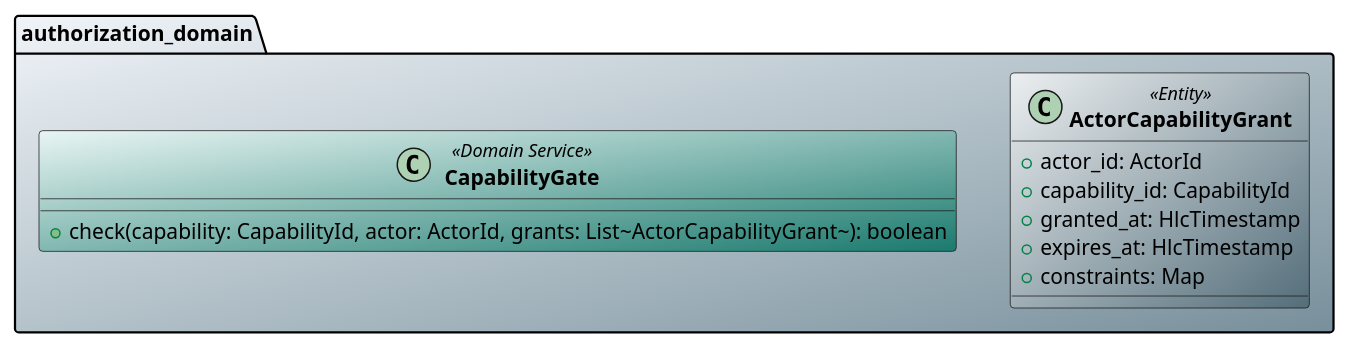
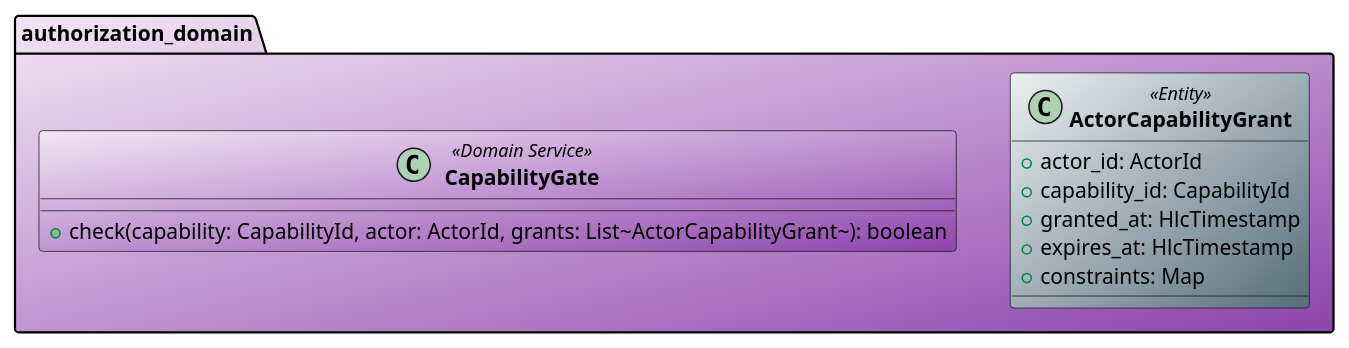
Before and after one commit to salimnamvar/selma: the diagram in docs/class/common/cd_section_domain_authorization.puml, drawn with PlantUML. The commit also changed 34 other files, not shown here.

```diff
--- a/docs/class/common/cd_section_domain_authorization.puml
+++ b/docs/class/common/cd_section_domain_authorization.puml
@@ -1,18 +1,18 @@
 ' ============================================================
 ' Section: cd_section_domain_authorization.puml
 ' ============================================================
 
-package "authorization_domain" as DOM_AUTH #F0F4F8/78909C {
+package "authorization_domain" as DOM_AUTH #F3E5F5/8E44AD {
 
   class "**ActorCapabilityGrant**" as ActorCapabilityGrant <<Entity>> #ECEFF1/546E7A {
     + actor_id: ActorId
     + capability_id: CapabilityId
     + granted_at: HlcTimestamp
     + expires_at: HlcTimestamp
     + constraints: Map
   }
 
-  class "**CapabilityGate**" as CapabilityGate <<Domain Service>> #E8F5F3/1B7A6E {
+  class "**CapabilityGate**" as CapabilityGate <<Domain Service>> #F3E5F5/8E44AD {
     + check(capability: CapabilityId, actor: ActorId, grants: List~ActorCapabilityGrant~): boolean
   }
 }
```
